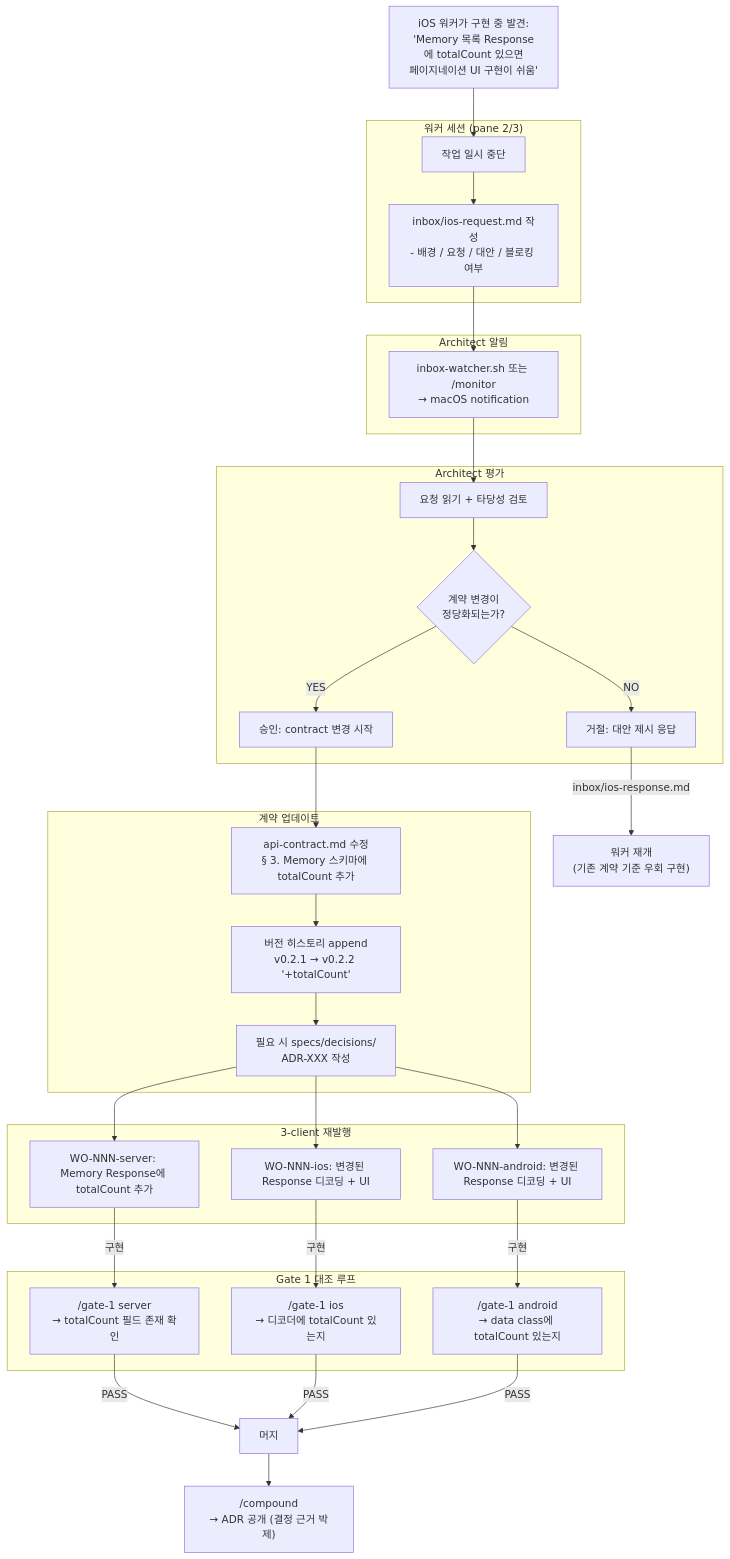
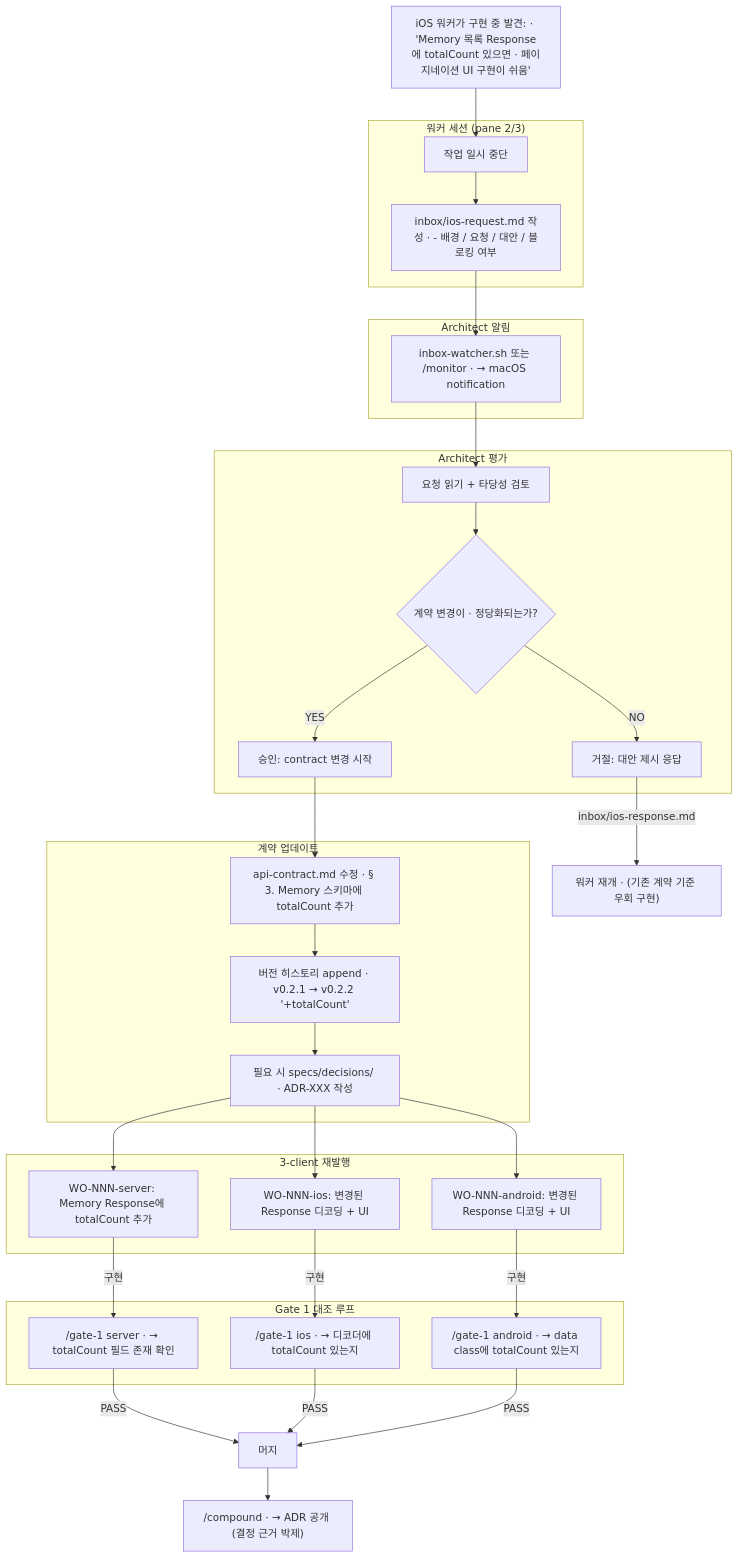
Before and after one commit to Mino777/ai-study: the diagram in content/context-engineering/api-contract-as-3-client-source-of-truth.mdx, drawn with Mermaid. The commit also changed 16 other files, not shown here.

First line of the commit message:
fix: Mermaid <br/> 렌더링 에러 근본 해결 — auto-fix 승격 + 전체 MDX 일괄 치환

````diff
--- a/content/context-engineering/api-contract-as-3-client-source-of-truth.mdx
+++ b/content/context-engineering/api-contract-as-3-client-source-of-truth.mdx
@@ -129,68 +129,68 @@
 ```mermaid
 flowchart TD
-    Trigger["iOS 워커가 구현 중 발견:<br/>'Memory 목록 Response에 totalCount 있으면<br/>페이지네이션 UI 구현이 쉬움'"]
+    Trigger["iOS 워커가 구현 중 발견: · 'Memory 목록 Response에 totalCount 있으면 · 페이지네이션 UI 구현이 쉬움'"]
 
     subgraph WorkerSide ["워커 세션 (pane 2/3)"]
       W_stop["작업 일시 중단"]
-      W_req["inbox/ios-request.md 작성<br/>- 배경 / 요청 / 대안 / 블로킹 여부"]
+      W_req["inbox/ios-request.md 작성 · - 배경 / 요청 / 대안 / 블로킹 여부"]
     end
 
     Trigger --> W_stop
     W_stop --> W_req
 
     subgraph Watcher ["Architect 알림"]
-      Watch["inbox-watcher.sh 또는 /monitor<br/>→ macOS notification"]
+      Watch["inbox-watcher.sh 또는 /monitor · → macOS notification"]
     end
 
     W_req --> Watch
 
     subgraph ArchitectDecide ["Architect 평가"]
       Read["요청 읽기 + 타당성 검토"]
-      Check{"계약 변경이<br/>정당화되는가?"}
+      Check{"계약 변경이 · 정당화되는가?"}
       Decide1["거절: 대안 제시 응답"]
       Decide2["승인: contract 변경 시작"]
     end
 
     Watch --> Read
     Read --> Check
     Check -->|NO| Decide1
     Check -->|YES| Decide2
 
-    Decide1 -->|inbox/ios-response.md| W_resume1["워커 재개<br/>(기존 계약 기준 우회 구현)"]
+    Decide1 -->|inbox/ios-response.md| W_resume1["워커 재개 · (기존 계약 기준 우회 구현)"]
 
     subgraph ContractUpdate ["계약 업데이트"]
-      EditSpec["api-contract.md 수정<br/>§ 3. Memory 스키마에 totalCount 추가"]
-      VersionBump["버전 히스토리 append<br/>v0.2.1 → v0.2.2 '+totalCount'"]
-      ADR["필요 시 specs/decisions/<br/>ADR-XXX 작성"]
+      EditSpec["api-contract.md 수정 · § 3. Memory 스키마에 totalCount 추가"]
+      VersionBump["버전 히스토리 append · v0.2.1 → v0.2.2 '+totalCount'"]
+      ADR["필요 시 specs/decisions/ · ADR-XXX 작성"]
     end
 
     Decide2 --> EditSpec
     EditSpec --> VersionBump
     VersionBump --> ADR
 
     subgraph Redispatch ["3-client 재발행"]
       WO_server["WO-NNN-server: Memory Response에 totalCount 추가"]
       WO_ios["WO-NNN-ios: 변경된 Response 디코딩 + UI"]
       WO_android["WO-NNN-android: 변경된 Response 디코딩 + UI"]
     end
 
     ADR --> WO_server
     ADR --> WO_ios
     ADR --> WO_android
 
     subgraph GateLoop ["Gate 1 대조 루프"]
-      G1_server["/gate-1 server<br/>→ totalCount 필드 존재 확인"]
-      G1_ios["/gate-1 ios<br/>→ 디코더에 totalCount 있는지"]
-      G1_android["/gate-1 android<br/>→ data class에 totalCount 있는지"]
+      G1_server["/gate-1 server · → totalCount 필드 존재 확인"]
+      G1_ios["/gate-1 ios · → 디코더에 totalCount 있는지"]
+      G1_android["/gate-1 android · → data class에 totalCount 있는지"]
     end
 
     WO_server -->|구현| G1_server
     WO_ios -->|구현| G1_ios
     WO_android -->|구현| G1_android
 
     G1_server -->|PASS| Merge["머지"]
     G1_ios -->|PASS| Merge
     G1_android -->|PASS| Merge
 
-    Merge --> Compound["/compound<br/>→ ADR 공개 (결정 근거 박제)"]
+    Merge --> Compound["/compound · → ADR 공개 (결정 근거 박제)"]
 ```
````
